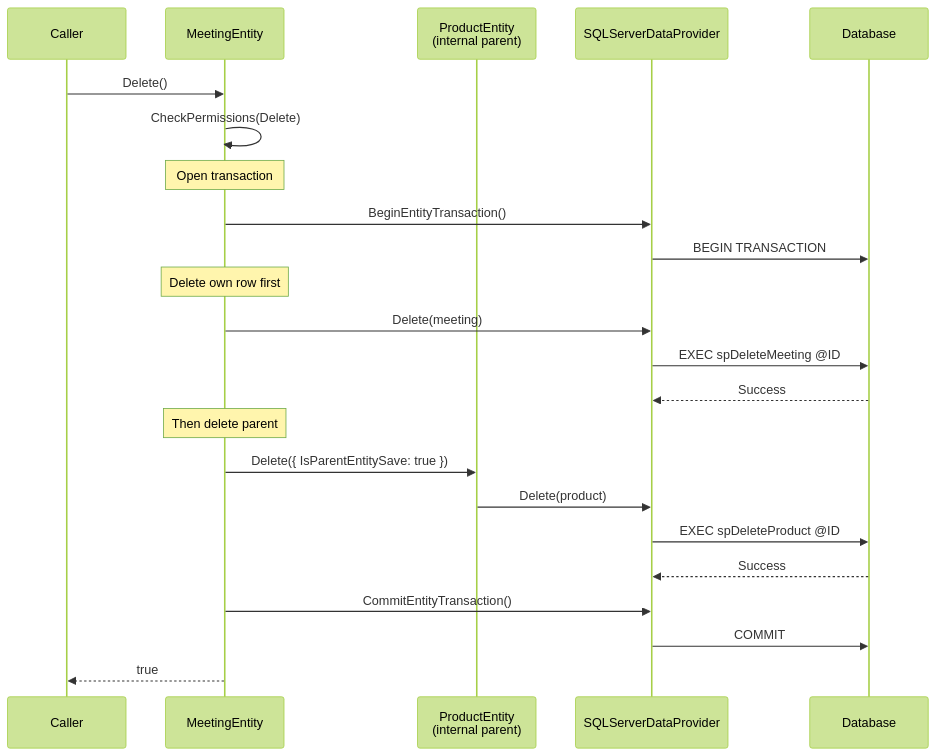
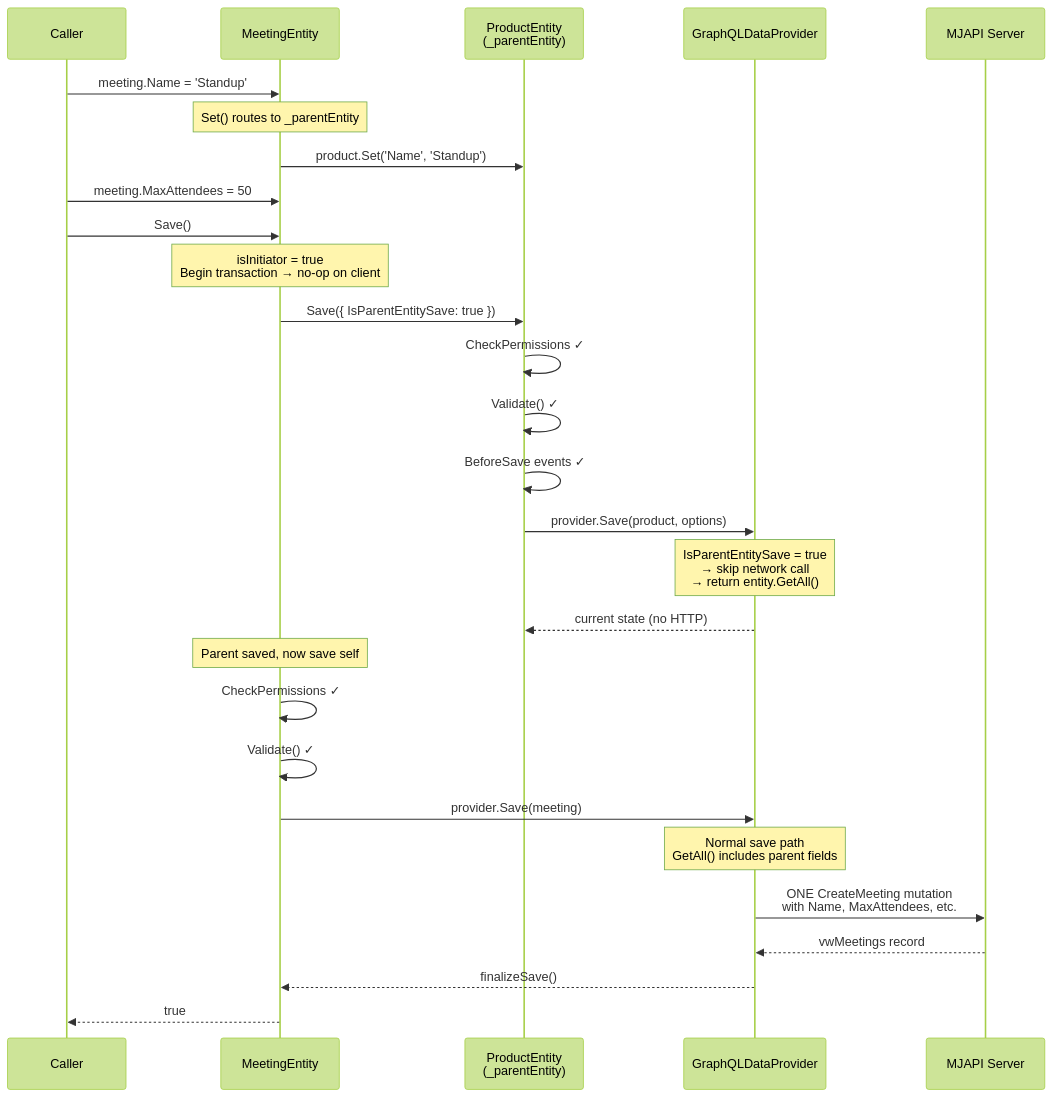
One commit to MemberJunction/MJ changed the tenth of 13 diagrams in plans/entity-system-enhancements-virtual-and-supertype.md. Above: the diagram before and after it, drawn with Mermaid (forest theme). The commit also changed other lines of this file, not shown here.

First line of the commit message:
docs: rewrite virtual entities & IS-A type modeling plan with refined architecture

````diff
--- a/plans/entity-system-enhancements-virtual-and-supertype.md
+++ b/plans/entity-system-enhancements-virtual-and-supertype.md
@@ -1326,31 +966,36 @@
 ```mermaid
 sequenceDiagram
     participant Caller
     participant Meeting as MeetingEntity
-    participant Product as ProductEntity<br/>(internal parent)
-    participant Provider as SQLServerDataProvider
-    participant DB as Database
+    participant Product as ProductEntity<br/>(_parentEntity)
+    participant GQL as GraphQLDataProvider
+    participant Server as MJAPI Server
 
-    Caller->>Meeting: Delete()
-    Meeting->>Meeting: CheckPermissions(Delete)
+    Caller->>Meeting: meeting.Name = 'Standup'
+    Note over Meeting: Set() routes to _parentEntity
+    Meeting->>Product: product.Set('Name', 'Standup')
 
-    Note over Meeting: Open transaction
-    Meeting->>Provider: BeginEntityTransaction()
-    Provider->>DB: BEGIN TRANSACTION
+    Caller->>Meeting: meeting.MaxAttendees = 50
+    Caller->>Meeting: Save()
 
-    Note over Meeting: Delete own row first
-    Meeting->>Provider: Delete(meeting)
-    Provider->>DB: EXEC spDeleteMeeting @ID
-    DB-->>Provider: Success
+    Note over Meeting: isInitiator = true<br/>Begin transaction → no-op on client
 
-    Note over Meeting: Then delete parent
-    Meeting->>Product: Delete({ IsParentEntitySave: true })
-    Product->>Provider: Delete(product)
-    Provider->>DB: EXEC spDeleteProduct @ID
-    DB-->>Provider: Success
+    Meeting->>Product: Save({ IsParentEntitySave: true })
+    Product->>Product: CheckPermissions ✓
+    Product->>Product: Validate() ✓
+    Product->>Product: BeforeSave events ✓
+    Product->>GQL: provider.Save(product, options)
+    Note over GQL: IsParentEntitySave = true<br/>→ skip network call<br/>→ return entity.GetAll()
+    GQL-->>Product: current state (no HTTP)
 
-    Meeting->>Provider: CommitEntityTransaction()
-    Provider->>DB: COMMIT
+    Note over Meeting: Parent saved, now save self
+    Meeting->>Meeting: CheckPermissions ✓
+    Meeting->>Meeting: Validate() ✓
+    Meeting->>GQL: provider.Save(meeting)
+    Note over GQL: Normal save path<br/>GetAll() includes parent fields
+    GQL->>Server: ONE CreateMeeting mutation<br/>with Name, MaxAttendees, etc.
 
+    Server-->>GQL: vwMeetings record
+    GQL-->>Meeting: finalizeSave()
     Meeting-->>Caller: true
 ```
````
